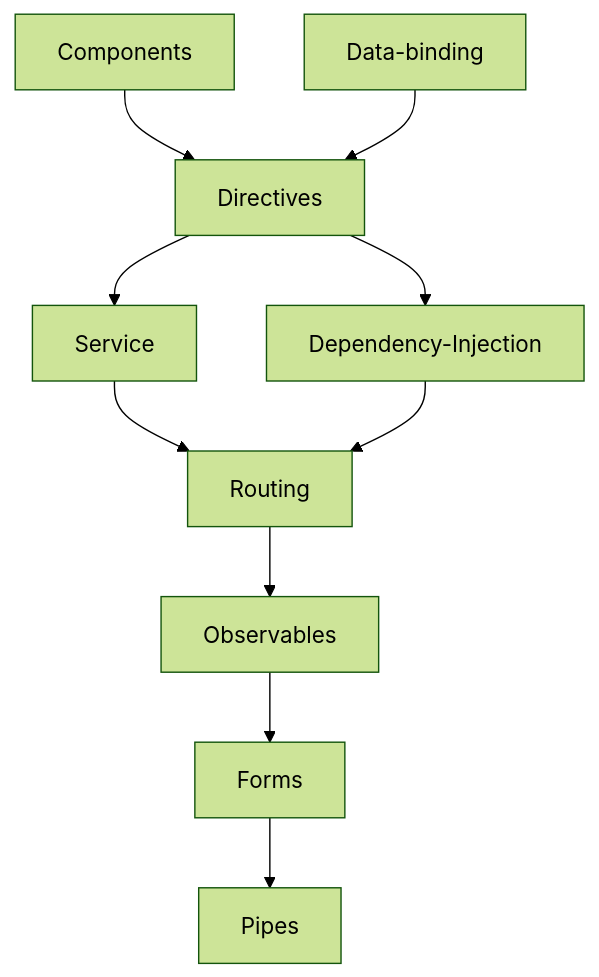
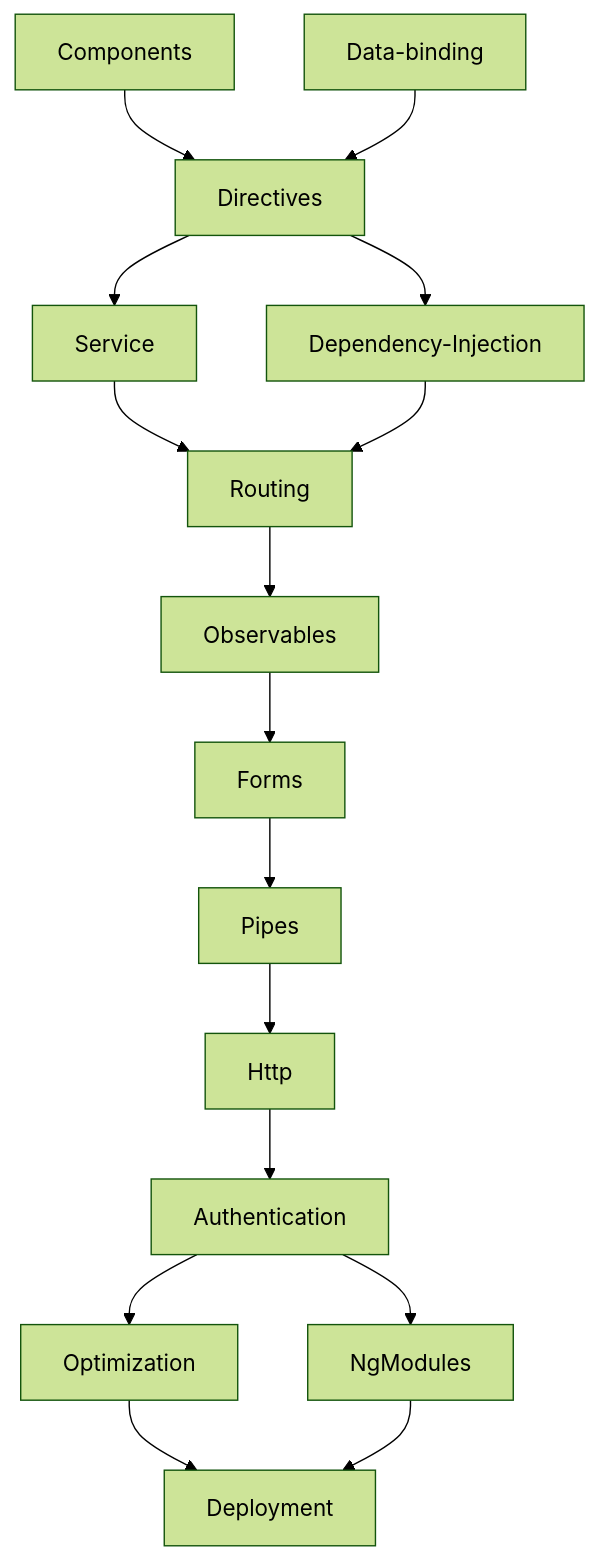
Before and after one commit to jdlopez-dev/angular-notes: the first of 2 diagrams in README.md, drawn with Mermaid (forest theme). The commit also changed other lines of this file, not shown here.

````diff
--- a/README.md
+++ b/README.md
@@ -3,9 +3,13 @@
 ```mermaid
 graph TD;
     Components & Data-binding-->Directives;
     Directives-->Service & Dependency-Injection;
     Service & Dependency-Injection-->Routing;
     Routing-->Observables;
     Observables-->Forms;
     Forms-->Pipes;
+    Pipes-->Http;
+    Http-->Authentication;
+    Authentication-->Optimization & NgModules;
+    Optimization & NgModules-->Deployment;
 ```
````
